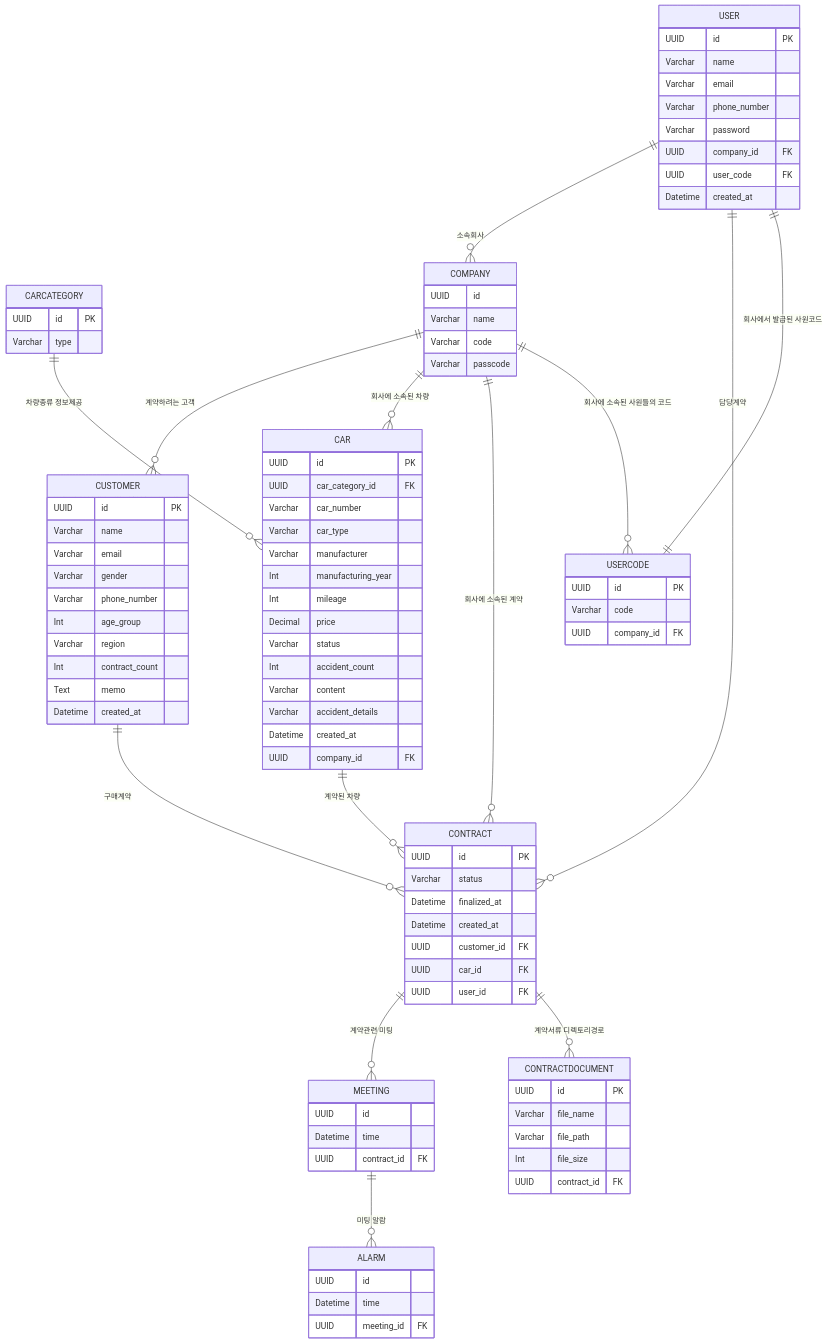
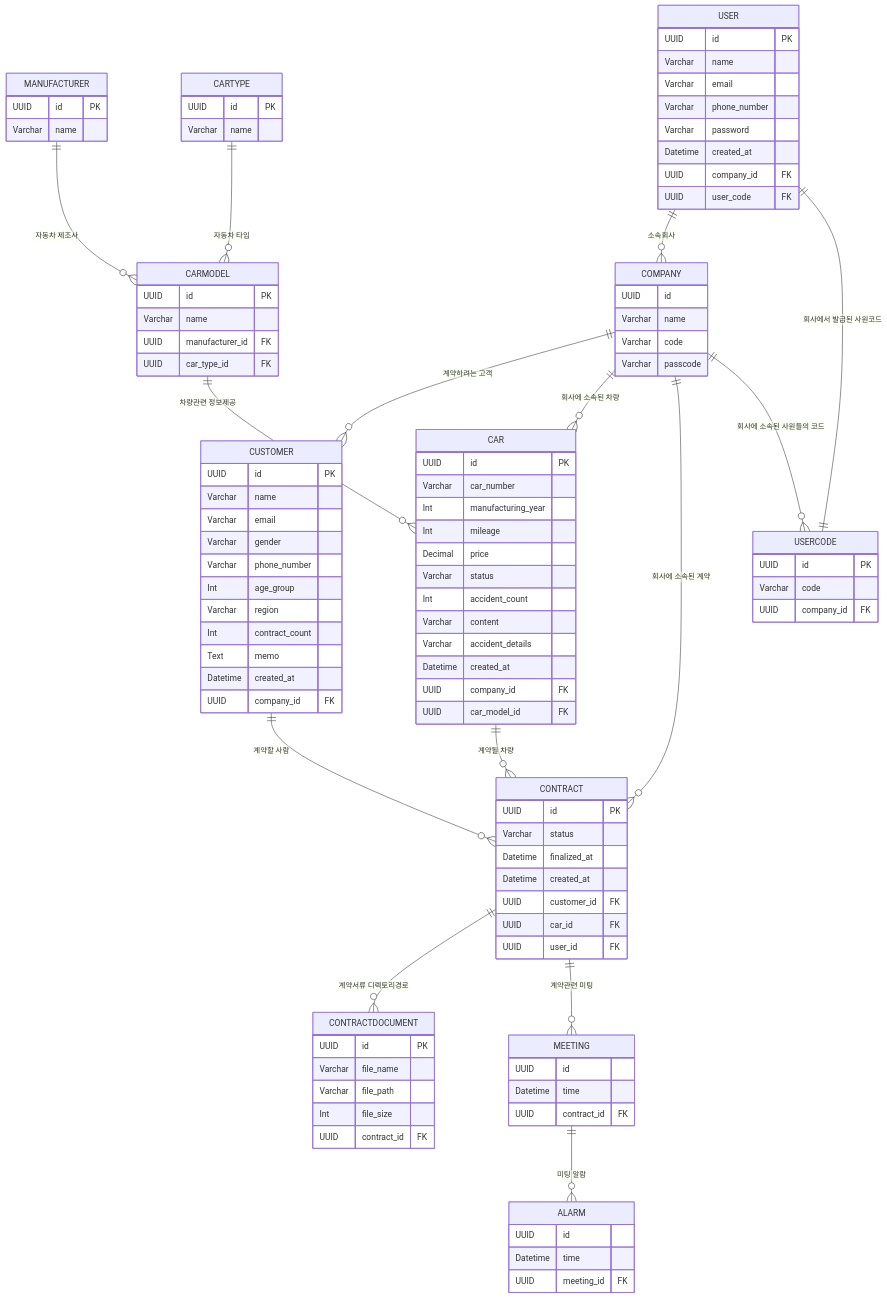
One commit to NB-1-DearCarmate/1-DearCarmate-3 changed the diagram in mermaid.md. Above: the diagram before and after it, drawn with Mermaid. The commit also changed 1 other file, not shown here.

Commit message:
프로젝트 시작전 확정된 Prisma 모델

````diff
--- a/mermaid.md
+++ b/mermaid.md
@@ -7,9 +7,9 @@
 Varchar email
 Varchar phone_number
 Varchar password
+Datetime created_at
 UUID company_id FK
 UUID user_code FK
-Datetime created_at
 }
 
 CUSTOMER{
@@ -23,14 +23,12 @@
   Int contract_count
   Text memo
   Datetime created_at
+  UUID company_id FK
 }
 
 CAR{
   UUID id PK
-  UUID car_category_id FK
   Varchar car_number
-  Varchar car_type
-  Varchar manufacturer
   Int manufacturing_year
   Int mileage
   Decimal price
@@ -40,6 +38,7 @@
   Varchar accident_details
   Datetime created_at
   UUID company_id FK
+  UUID car_model_id FK
 }
 
 CONTRACT{
@@ -60,9 +59,21 @@
   UUID contract_id FK
 }
 
-CARCATEGORY{
+MANUFACTURER{
   UUID id PK
-  Varchar type
+  Varchar name
+}
+
+CARTYPE{
+  UUID id PK
+  Varchar name
+}
+
+CARMODEL{
+  UUID id PK
+  Varchar name
+  UUID manufacturer_id FK
+  UUID car_type_id FK
 }
 
 ALARM{
@@ -90,19 +101,19 @@
   UUID company_id FK
 }
 
-
     USER ||--o{ COMPANY : "소속회사"
-    USER ||--o{ CONTRACT : "담당계약"
-    CUSTOMER ||--o{ CONTRACT : "구매계약"
+    USERCODE ||--|| USER : "회사에서 발급된 사원코드"
     COMPANY ||--o{ CUSTOMER  : "계약하려는 고객"
-    CAR ||--o{ CONTRACT : "계약된 차량"
     COMPANY ||--o{ CAR : "회사에 소속된 차량"
-    CARCATEGORY ||--o{ CAR : "차량종류 정보제공"
+    CARMODEL ||--o{ CAR : "차량관련 정보제공"
+    CAR ||--o{ CONTRACT : "계약될 차량"
+    CUSTOMER ||--o{ CONTRACT : "계약할 사람"
+    COMPANY ||--o{ CONTRACT : "회사에 소속된 계약"
+    CONTRACT ||--o{ CONTRACTDOCUMENT : "계약서류 디렉토리경로"
+    MANUFACTURER ||--o{ CARMODEL : "자동차 제조사"
+    CARTYPE ||--o{ CARMODEL : "자동차 타입"
+    MEETING ||--o{ ALARM : "미팅 알람"
     CONTRACT ||--o{ MEETING : "계약관련 미팅"
-    MEETING ||--o{ ALARM : "미팅 알람"
-    CONTRACT ||--o{ CONTRACTDOCUMENT : "계약서류 디렉토리경로"
-    COMPANY ||--o{ CONTRACT : "회사에 소속된 계약"
     COMPANY ||--o{ USERCODE : "회사에 소속된 사원들의 코드"
-    USERCODE ||--|| USER : "회사에서 발급된 사원코드"
 
 ```
````
